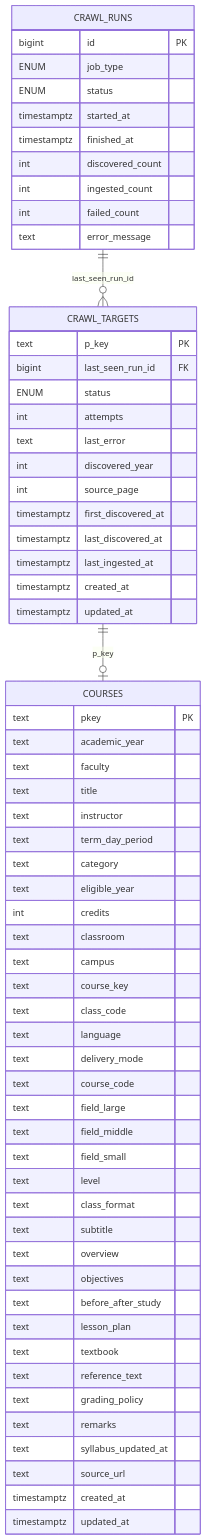
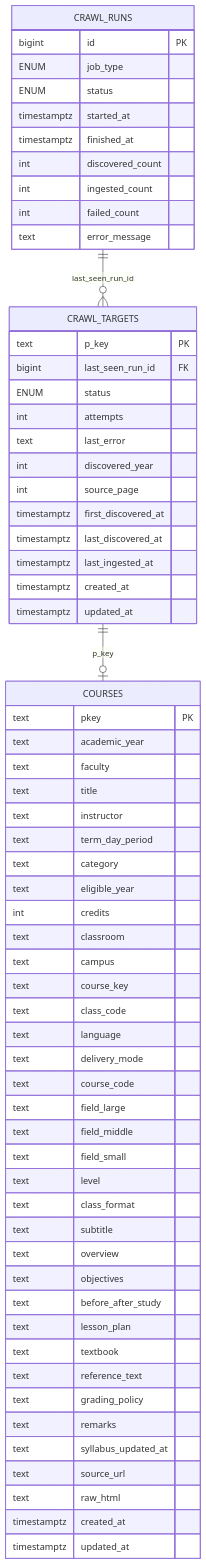
Before and after one commit to tsukuneA1/hoge: the second of 2 diagrams in docs/design/2026-06-07-syllabus-crawler.md, drawn with Mermaid. The commit also changed 1 other file, not shown here.

Commit message:
follow docs

````diff
--- a/docs/design/2026-06-07-syllabus-crawler.md
+++ b/docs/design/2026-06-07-syllabus-crawler.md
@@ -164,74 +164,75 @@
 ```mermaid
 erDiagram
     CRAWL_RUNS ||--o{ CRAWL_TARGETS : "last_seen_run_id"
     CRAWL_TARGETS ||--o| COURSES : "p_key"
 
     CRAWL_RUNS {
         bigint id PK
         ENUM job_type
         ENUM status
         timestamptz started_at
         timestamptz finished_at
         int discovered_count
         int ingested_count
         int failed_count
         text error_message
     }
 
     CRAWL_TARGETS {
         text p_key PK
         bigint last_seen_run_id FK
         ENUM status
         int attempts
         text last_error
         int discovered_year
         int source_page
 
         timestamptz first_discovered_at
         timestamptz last_discovered_at
         timestamptz last_ingested_at
         timestamptz created_at
         timestamptz updated_at
     }
 
     COURSES {
         text pkey PK
 
         text academic_year
         text faculty
         text title
         text instructor
         text term_day_period
         text category
         text eligible_year
         int credits
         text classroom
         text campus
         text course_key
         text class_code
         text language
         text delivery_mode
         text course_code
 
         text field_large
         text field_middle
         text field_small
         text level
         text class_format
 
         text subtitle
         text overview
         text objectives
         text before_after_study
         text lesson_plan
         text textbook
         text reference_text
         text grading_policy
         text remarks
         text syllabus_updated_at
 
         text source_url
+        text raw_html
         timestamptz created_at
         timestamptz updated_at
     }
 ```
````
